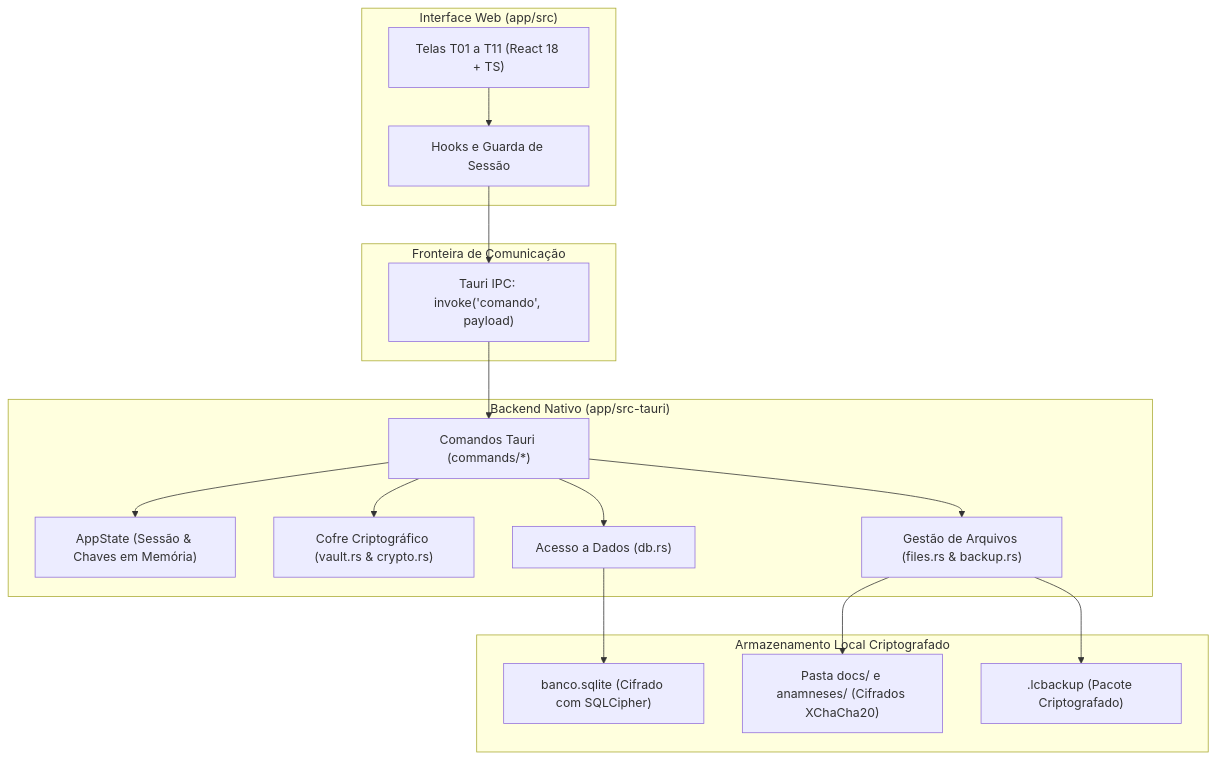
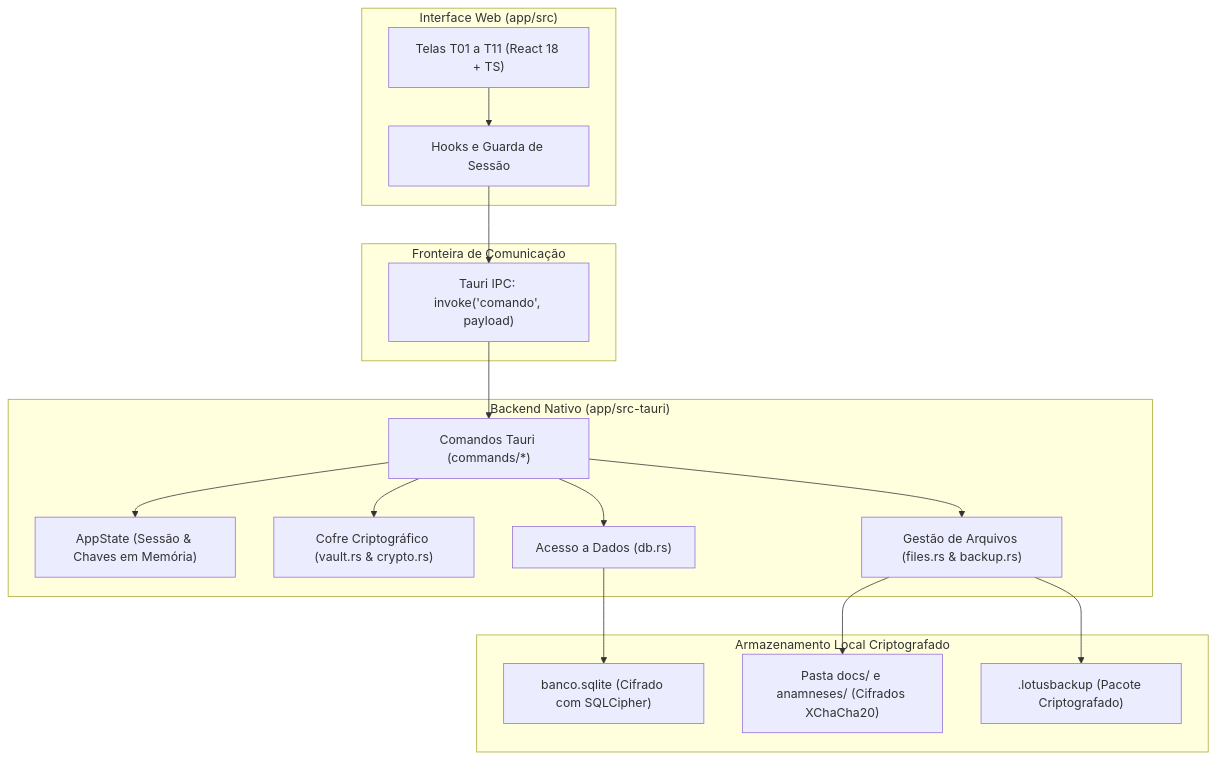
Before and after one commit to AndreFelipe265/LotusPsi: the diagram in docs/03-arquitetura.md, drawn with Mermaid. The commit also changed other lines of this file and 113 other files, not shown here.

Commit message:
feat(branding): atualizar identidade para LotusPsi e formato de backup .lotusbackup

````diff
--- a/docs/03-arquitetura.md
+++ b/docs/03-arquitetura.md
@@ -11,37 +11,37 @@
 ```mermaid
 flowchart TD
     subgraph UI ["Interface Web (app/src)"]
         Telas["Telas T01 a T11 (React 18 + TS)"]
         Hooks["Hooks e Guarda de Sessão"]
         Telas --> Hooks
     end
 
     subgraph IPC ["Fronteira de Comunicação"]
         Invoke["Tauri IPC: invoke('comando', payload)"]
         Hooks --> Invoke
     end
 
     subgraph Backend ["Backend Nativo (app/src-tauri)"]
         Commands["Comandos Tauri (commands/*)"]
         State["AppState (Sessão & Chaves em Memória)"]
         Vault["Cofre Criptográfico (vault.rs & crypto.rs)"]
         DB["Acesso a Dados (db.rs)"]
         Files["Gestão de Arquivos (files.rs & backup.rs)"]
 
         Invoke --> Commands
         Commands --> State
         Commands --> Vault
         Commands --> DB
         Commands --> Files
     end
 
     subgraph Storage ["Armazenamento Local Criptografado"]
         SQLite["banco.sqlite (Cifrado com SQLCipher)"]
         DocVault["Pasta docs/ e anamneses/ (Cifrados XChaCha20)"]
-        BackupFile[".lcbackup (Pacote Criptografado)"]
+        BackupFile[".lotusbackup (Pacote Criptografado)"]
 
         DB --> SQLite
         Files --> DocVault
         Files --> BackupFile
     end
 ```
````
